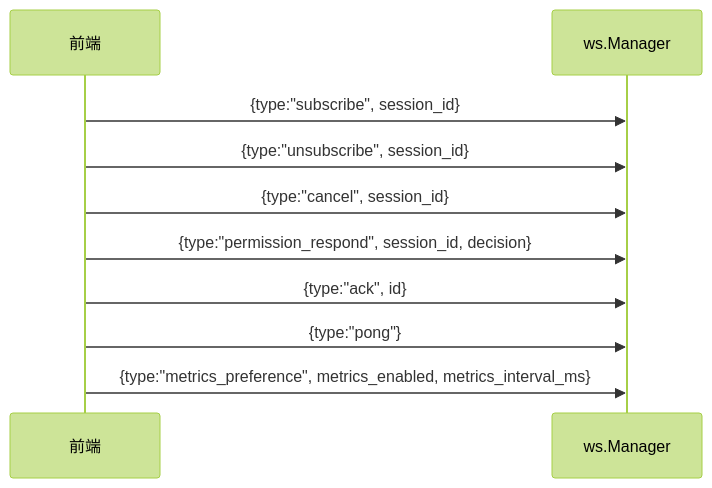
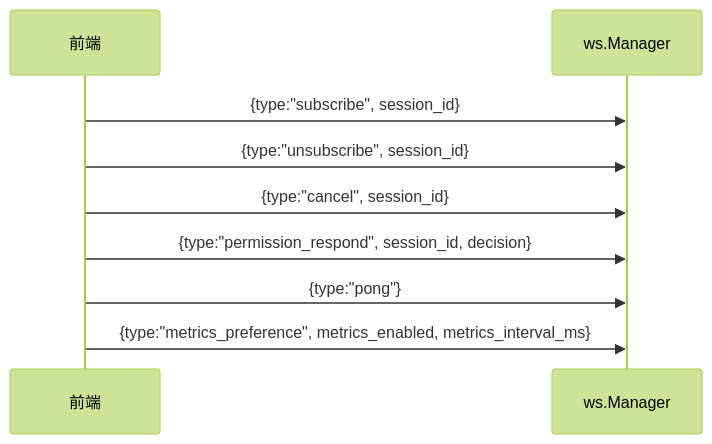
Before and after one commit to clawbench-dev/clawbench: the second of 4 diagrams in docs/spec/core/streaming.md, drawn with Mermaid (forest theme). The commit also changed other lines of this file and 6 other files, not shown here.

````diff
--- a/docs/spec/core/streaming.md
+++ b/docs/spec/core/streaming.md
@@ -39,13 +39,12 @@
 ```mermaid
 sequenceDiagram
     participant 前端
     participant ws.Manager
 
     前端->>ws.Manager: {type:"subscribe", session_id}
     前端->>ws.Manager: {type:"unsubscribe", session_id}
     前端->>ws.Manager: {type:"cancel", session_id}
     前端->>ws.Manager: {type:"permission_respond", session_id, decision}
-    前端->>ws.Manager: {type:"ack", id}
     前端->>ws.Manager: {type:"pong"}
     前端->>ws.Manager: {type:"metrics_preference", metrics_enabled, metrics_interval_ms}
 ```
````
